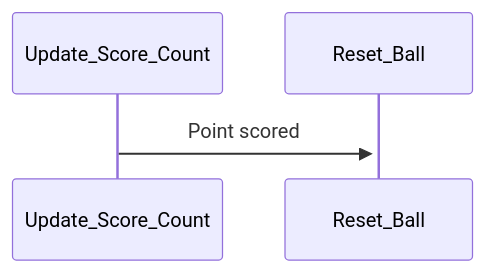
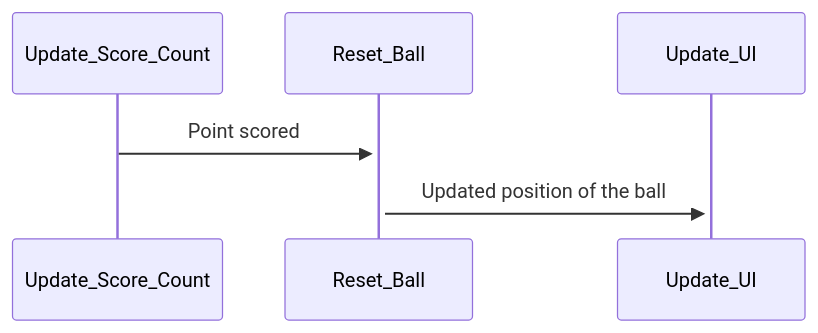
One commit to Engin-Boot/pong-stage-Azimcharoliya changed the fourth of 6 diagrams in Stage0/sequence-start.md. Above: the diagram before and after it, drawn with Mermaid. The commit also changed other lines of this file, not shown here.

Commit message:
Updated Diagrams

````diff
--- a/Stage0/sequence-start.md
+++ b/Stage0/sequence-start.md
@@ -44,4 +35,5 @@
 ```mermaid
 sequenceDiagram
   Update_Score_Count->>+Reset_Ball: Point scored
+  Reset_Ball->>+Update_UI: Updated position of the ball
 ```
````
